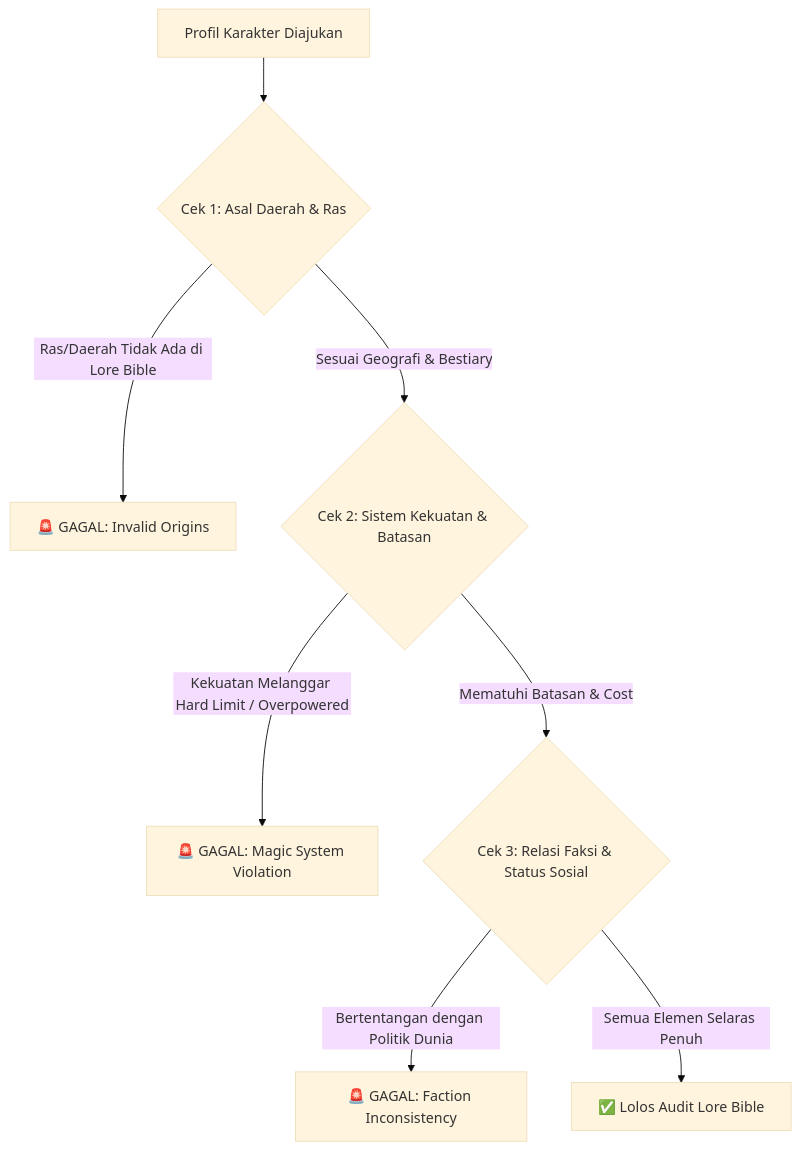
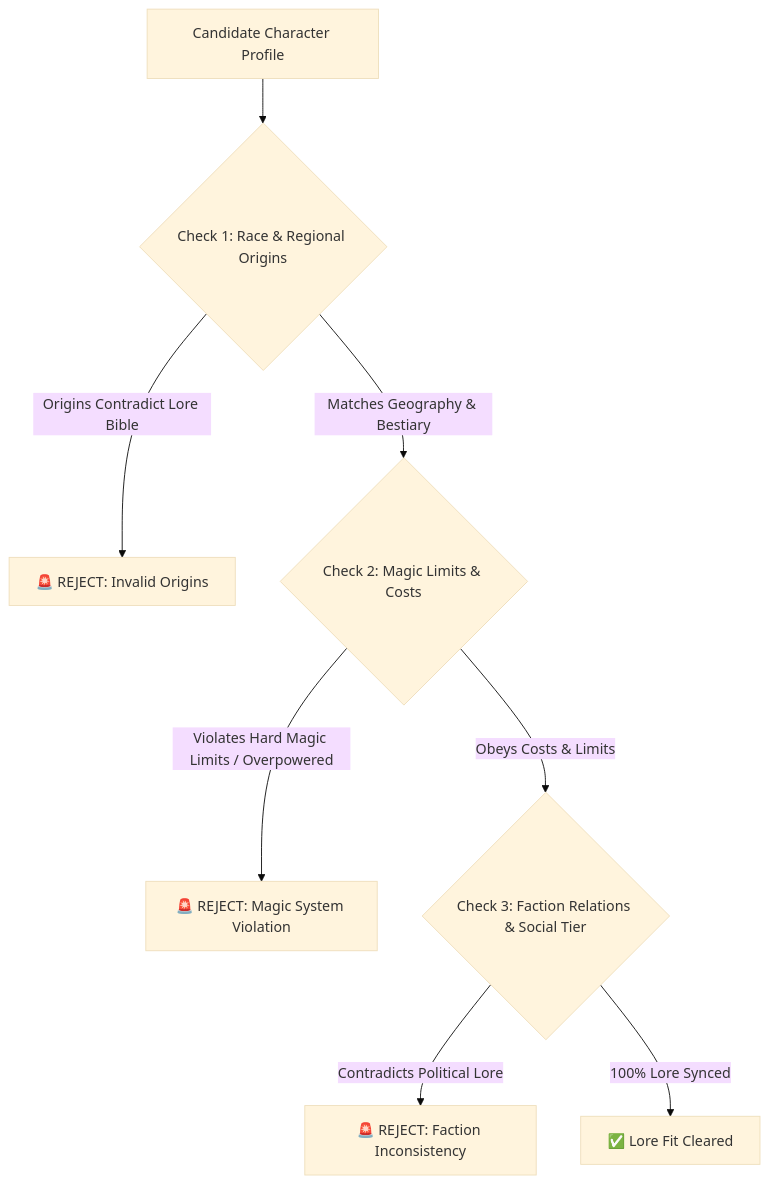
Before and after one commit to dwianggororeal/detailed-novel-agent-skill: the second of 2 diagrams in character_bible_creation/CHARACTER_BIBLE_GUIDE_AND_AUDIT.md, drawn with Mermaid (base theme). The commit also changed other lines of this file and 57 other files, not shown here.

````diff
--- a/character_bible_creation/CHARACTER_BIBLE_GUIDE_AND_AUDIT.md
+++ b/character_bible_creation/CHARACTER_BIBLE_GUIDE_AND_AUDIT.md
@@ -71,10 +71,10 @@
 ```mermaid
 graph TD
-    A[Profil Karakter Diajukan] --> B{Cek 1: Asal Daerah & Ras}
-    B -->|Ras/Daerah Tidak Ada di Lore Bible| C[🚨 GAGAL: Invalid Origins]
-    B -->|Sesuai Geografi & Bestiary| D{Cek 2: Sistem Kekuatan & Batasan}
-    D -->|Kekuatan Melanggar Hard Limit / Overpowered| E[🚨 GAGAL: Magic System Violation]
-    D -->|Mematuhi Batasan & Cost| F{Cek 3: Relasi Faksi & Status Sosial}
-    F -->|Bertentangan dengan Politik Dunia| G[🚨 GAGAL: Faction Inconsistency]
-    F -->|Semua Elemen Selaras Penuh| H[✅ Lolos Audit Lore Bible]
+    A[Candidate Character Profile] --> B{Check 1: Race & Regional Origins}
+    B -->|Origins Contradict Lore Bible| C[🚨 REJECT: Invalid Origins]
+    B -->|Matches Geography & Bestiary| D{Check 2: Magic Limits & Costs}
+    D -->|Violates Hard Magic Limits / Overpowered| E[🚨 REJECT: Magic System Violation]
+    D -->|Obeys Costs & Limits| F{Check 3: Faction Relations & Social Tier}
+    F -->|Contradicts Political Lore| G[🚨 REJECT: Faction Inconsistency]
+    F -->|100% Lore Synced| H[✅ Lore Fit Cleared]
 ```
````
